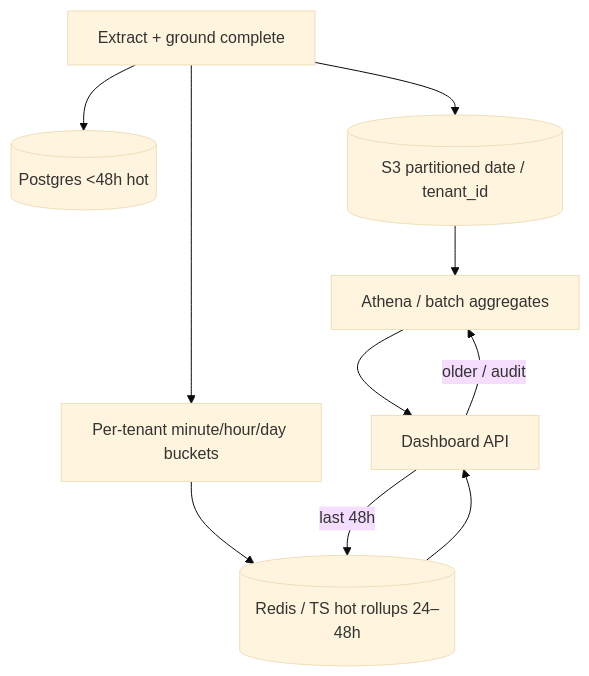
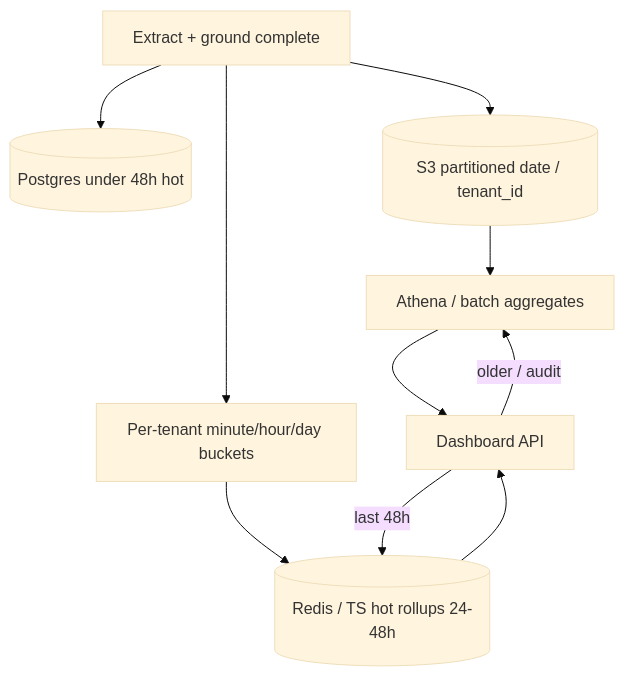
One commit to shree6791/invoice-extraction changed the seventh of 7 diagrams in docs/DIAGRAMS.md. Above: the diagram before and after it, drawn with Mermaid (base theme). The commit also changed other lines of this file and 3 other files, not shown here.

First line of the commit message:
Fix DIAGRAMS.md heading anchors.

````diff
--- a/docs/DIAGRAMS.md
+++ b/docs/DIAGRAMS.md
@@ -175,12 +175,12 @@
 ```mermaid
 flowchart TB
-  Job[Extract + ground complete] --> Hot[(Postgres &lt;48h hot)]
+  Job[Extract + ground complete] --> Hot[(Postgres under 48h hot)]
   Job --> S3[(S3 partitioned date / tenant_id)]
   Job --> Rollup[Per-tenant minute/hour/day buckets]
-  Rollup --> Redis[(Redis / TS hot rollups 24–48h)]
+  Rollup --> Redis[(Redis / TS hot rollups 24-48h)]
   Redis --> API[Dashboard API]
   S3 --> Athena[Athena / batch aggregates]
   Athena --> API
   API -->|last 48h| Redis
   API -->|older / audit| Athena
 ```
````
